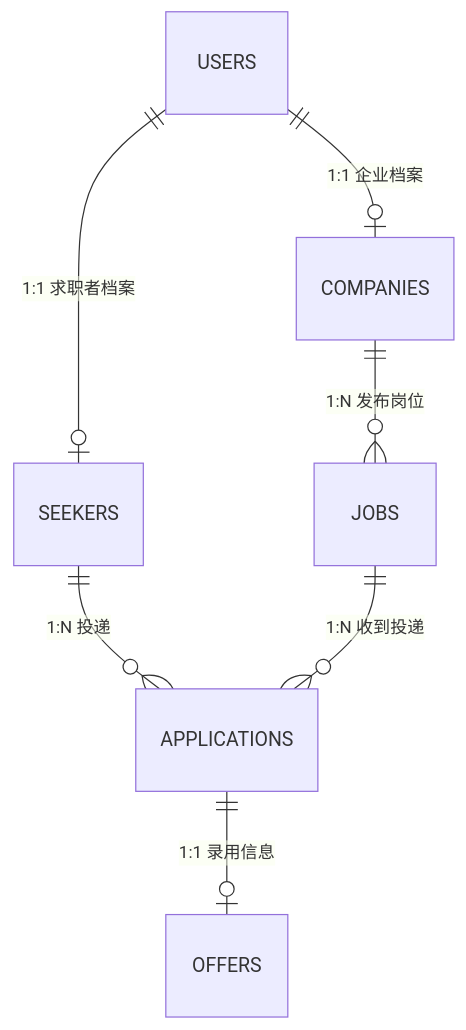
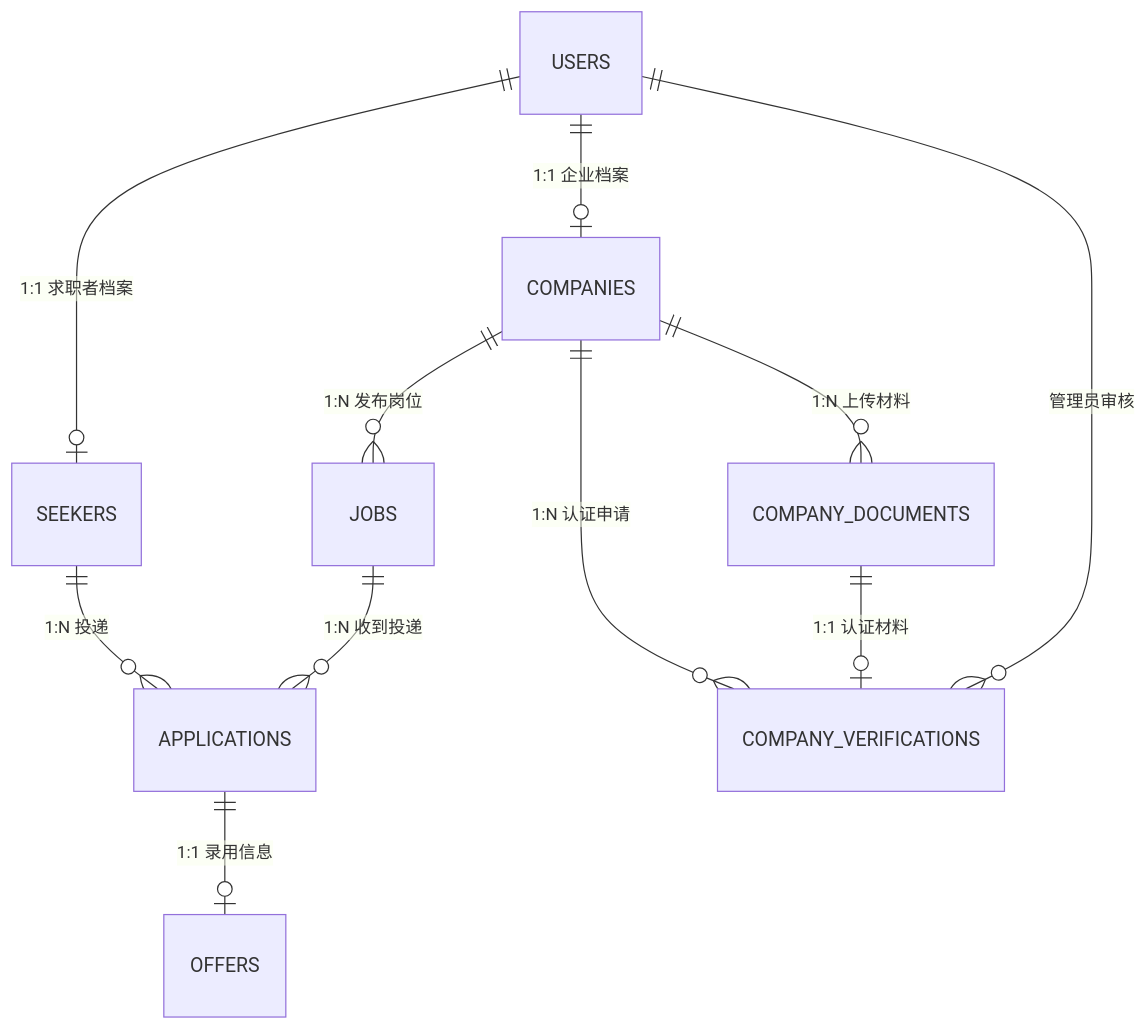
Before and after one commit to YAwu111/TalentLink: the diagram in docs/数据库设计.md, drawn with Mermaid. The commit also changed other lines of this file and 13 other files, not shown here.

````diff
--- a/docs/数据库设计.md
+++ b/docs/数据库设计.md
@@ -19,9 +19,13 @@
 ```mermaid
 erDiagram
     USERS ||--o| SEEKERS : "1:1 求职者档案"
     USERS ||--o| COMPANIES : "1:1 企业档案"
     COMPANIES ||--o{ JOBS : "1:N 发布岗位"
     SEEKERS ||--o{ APPLICATIONS : "1:N 投递"
     JOBS ||--o{ APPLICATIONS : "1:N 收到投递"
     APPLICATIONS ||--o| OFFERS : "1:1 录用信息"
+    COMPANIES ||--o{ COMPANY_DOCUMENTS : "1:N 上传材料"
+    COMPANIES ||--o{ COMPANY_VERIFICATIONS : "1:N 认证申请"
+    COMPANY_DOCUMENTS ||--o| COMPANY_VERIFICATIONS : "1:1 认证材料"
+    USERS ||--o{ COMPANY_VERIFICATIONS : "管理员审核"
 ```
````
